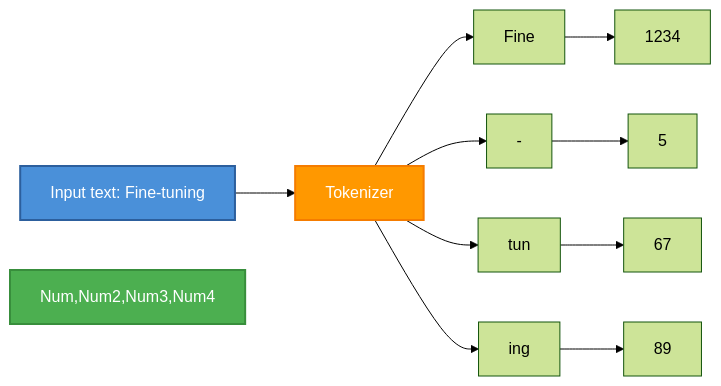
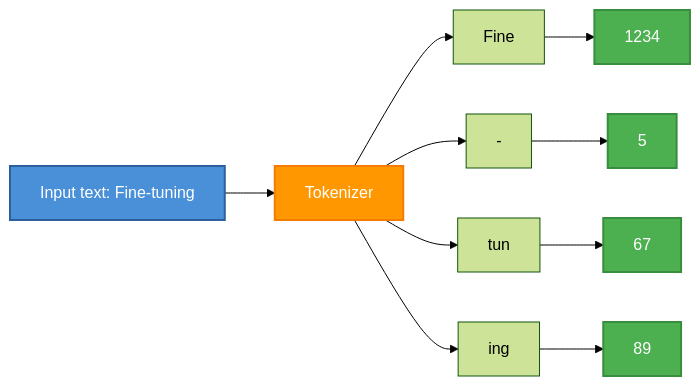
The second of 11 diagrams in docs/content/00-neural-networks-basics/00-neural-networks-basics.md (Parv17k/llm-fine-tuning-guide), drawn with Mermaid (forest theme) before and after one commit.

Commit message:
Fix Mermaid styles - apply style to each token ID individually

````diff
--- a/docs/content/00-neural-networks-basics/00-neural-networks-basics.md
+++ b/docs/content/00-neural-networks-basics/00-neural-networks-basics.md
@@ -45,16 +45,19 @@
 ```mermaid
 flowchart LR
     Input[Input text: Fine-tuning] --> Tokenizer[Tokenizer]
     Tokenizer --> T1[Fine]
     Tokenizer --> T2[-]
     Tokenizer --> T3[tun]
     Tokenizer --> T4[ing]
     T1 --> Num[1234]
     T2 --> Num2[5]
     T3 --> Num3[67]
     T4 --> Num4[89]
     
     style Input fill:#4a90d9,stroke:#2c5f9d,color:#ffffff,stroke-width:2px
     style Tokenizer fill:#ff9800,stroke:#f57c00,color:#ffffff,stroke-width:2px
-    style Num,Num2,Num3,Num4 fill:#4caf50,stroke:#388e3c,color:#ffffff,stroke-width:2px
+    style Num fill:#4caf50,stroke:#388e3c,color:#ffffff,stroke-width:2px
+    style Num2 fill:#4caf50,stroke:#388e3c,color:#ffffff,stroke-width:2px
+    style Num3 fill:#4caf50,stroke:#388e3c,color:#ffffff,stroke-width:2px
+    style Num4 fill:#4caf50,stroke:#388e3c,color:#ffffff,stroke-width:2px
 ```
````
